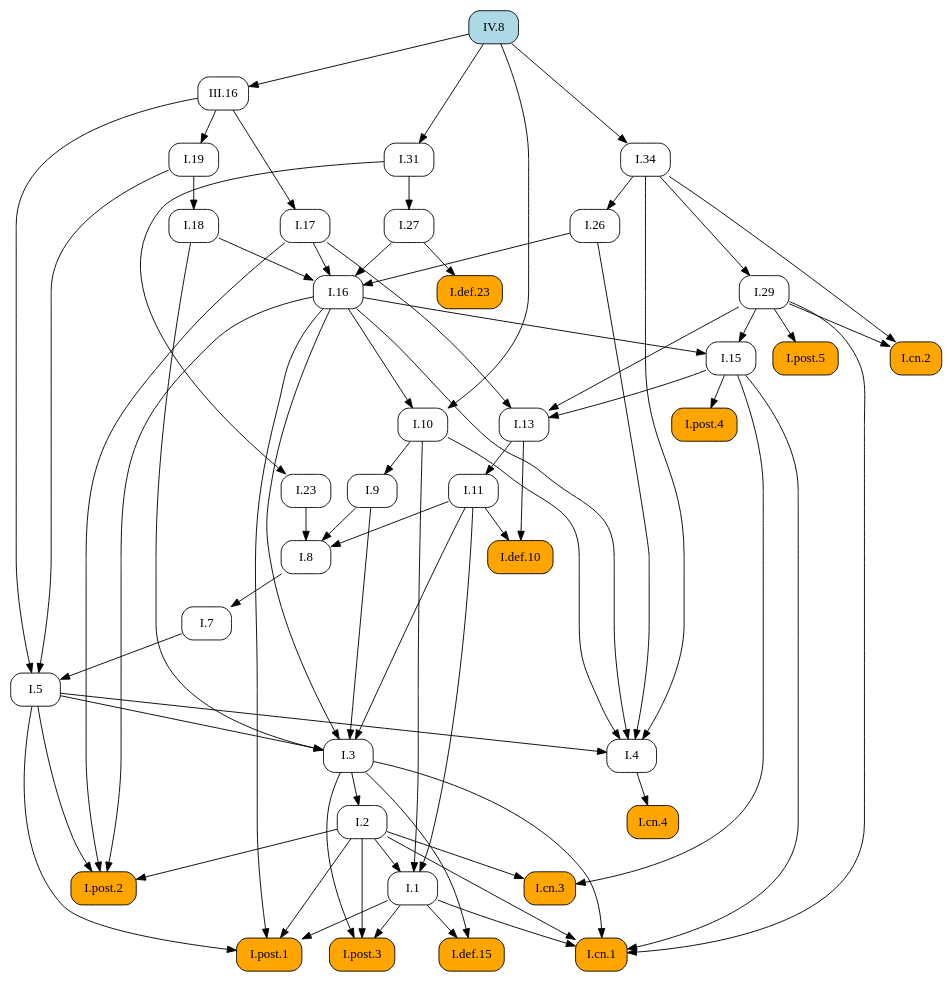
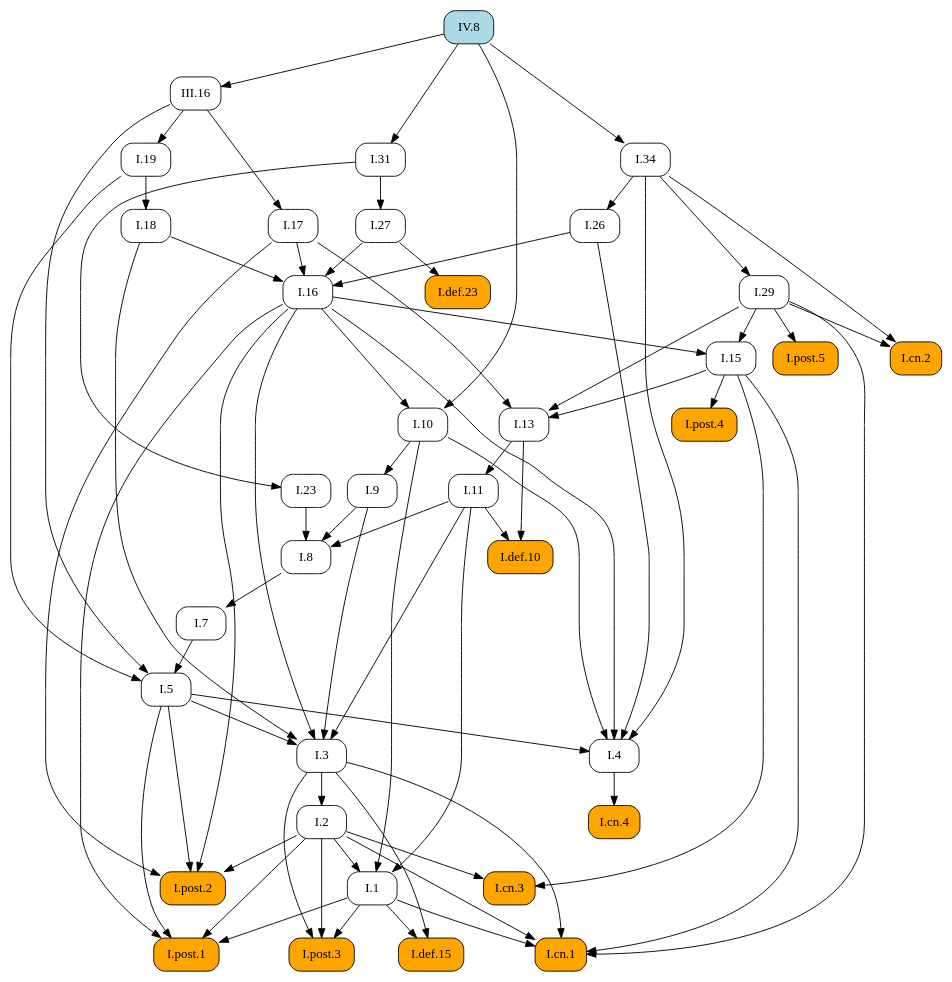
The diagram in docsrc/heath/IV/8/index.rst (geometor/elements), drawn with Graphviz before and after one commit. The commit also changed other lines of this file and 1029 other files, not shown here.

```diff
--- a/docsrc/heath/IV/8/index.rst
+++ b/docsrc/heath/IV/8/index.rst
@@ -63,112 +63,112 @@
    digraph {
      rankdir="TB";
      node [shape=box, style=rounded];
+     "I.def.10" [style="rounded,filled", fillcolor=orange, URL="/heath/I/def.10/", target="_top"];
+     "I.11" [URL="/heath/I/11/", target="_top"];
+     "I.post.4" [style="rounded,filled", fillcolor=orange, URL="/heath/I/post.4/", target="_top"];
+     "I.1" [URL="/heath/I/1/", target="_top"];
+     "I.26" [URL="/heath/I/26/", target="_top"];
+     "I.29" [URL="/heath/I/29/", target="_top"];
+     "I.cn.2" [style="rounded,filled", fillcolor=orange, URL="/heath/I/cn.2/", target="_top"];
+     "I.18" [URL="/heath/I/18/", target="_top"];
+     "I.def.15" [style="rounded,filled", fillcolor=orange, URL="/heath/I/def.15/", target="_top"];
+     "I.post.3" [style="rounded,filled", fillcolor=orange, URL="/heath/I/post.3/", target="_top"];
+     "IV.8" [style="rounded,filled", fillcolor=lightblue, URL="/heath/IV/8/", target="_top"];
+     "I.cn.1" [style="rounded,filled", fillcolor=orange, URL="/heath/I/cn.1/", target="_top"];
      "I.cn.3" [style="rounded,filled", fillcolor=orange, URL="/heath/I/cn.3/", target="_top"];
+     "I.23" [URL="/heath/I/23/", target="_top"];
+     "I.post.1" [style="rounded,filled", fillcolor=orange, URL="/heath/I/post.1/", target="_top"];
      "III.16" [URL="/heath/III/16/", target="_top"];
-     "I.29" [URL="/heath/I/29/", target="_top"];
+     "I.27" [URL="/heath/I/27/", target="_top"];
      "I.7" [URL="/heath/I/7/", target="_top"];
-     "I.27" [URL="/heath/I/27/", target="_top"];
+     "I.34" [URL="/heath/I/34/", target="_top"];
+     "I.3" [URL="/heath/I/3/", target="_top"];
+     "I.2" [URL="/heath/I/2/", target="_top"];
+     "I.4" [URL="/heath/I/4/", target="_top"];
      "I.def.23" [style="rounded,filled", fillcolor=orange, URL="/heath/I/def.23/", target="_top"];
-     "I.34" [URL="/heath/I/34/", target="_top"];
+     "I.13" [URL="/heath/I/13/", target="_top"];
+     "I.17" [URL="/heath/I/17/", target="_top"];
+     "I.31" [URL="/heath/I/31/", target="_top"];
+     "I.post.2" [style="rounded,filled", fillcolor=orange, URL="/heath/I/post.2/", target="_top"];
+     "I.16" [URL="/heath/I/16/", target="_top"];
+     "I.9" [URL="/heath/I/9/", target="_top"];
+     "I.19" [URL="/heath/I/19/", target="_top"];
      "I.8" [URL="/heath/I/8/", target="_top"];
-     "I.9" [URL="/heath/I/9/", target="_top"];
-     "I.post.4" [style="rounded,filled", fillcolor=orange, URL="/heath/I/post.4/", target="_top"];
-     "I.2" [URL="/heath/I/2/", target="_top"];
-     "I.def.15" [style="rounded,filled", fillcolor=orange, URL="/heath/I/def.15/", target="_top"];
-     "I.1" [URL="/heath/I/1/", target="_top"];
-     "I.post.1" [style="rounded,filled", fillcolor=orange, URL="/heath/I/post.1/", target="_top"];
      "I.cn.4" [style="rounded,filled", fillcolor=orange, URL="/heath/I/cn.4/", target="_top"];
-     "I.26" [URL="/heath/I/26/", target="_top"];
-     "I.19" [URL="/heath/I/19/", target="_top"];
-     "I.23" [URL="/heath/I/23/", target="_top"];
-     "I.13" [URL="/heath/I/13/", target="_top"];
-     "I.cn.2" [style="rounded,filled", fillcolor=orange, URL="/heath/I/cn.2/", target="_top"];
+     "I.15" [URL="/heath/I/15/", target="_top"];
+     "I.post.5" [style="rounded,filled", fillcolor=orange, URL="/heath/I/post.5/", target="_top"];
+     "I.10" [URL="/heath/I/10/", target="_top"];
      "I.5" [URL="/heath/I/5/", target="_top"];
-     "I.11" [URL="/heath/I/11/", target="_top"];
-     "I.10" [URL="/heath/I/10/", target="_top"];
-     "I.4" [URL="/heath/I/4/", target="_top"];
-     "I.3" [URL="/heath/I/3/", target="_top"];
-     "I.16" [URL="/heath/I/16/", target="_top"];
-     "I.31" [URL="/heath/I/31/", target="_top"];
-     "I.def.10" [style="rounded,filled", fillcolor=orange, URL="/heath/I/def.10/", target="_top"];
-     "I.post.2" [style="rounded,filled", fillcolor=orange, URL="/heath/I/post.2/", target="_top"];
-     "IV.8" [style="rounded,filled", fillcolor=lightblue, URL="/heath/IV/8/", target="_top"];
-     "I.post.3" [style="rounded,filled", fillcolor=orange, URL="/heath/I/post.3/", target="_top"];
-     "I.post.5" [style="rounded,filled", fillcolor=orange, URL="/heath/I/post.5/", target="_top"];
-     "I.15" [URL="/heath/I/15/", target="_top"];
-     "I.17" [URL="/heath/I/17/", target="_top"];
-     "I.cn.1" [style="rounded,filled", fillcolor=orange, URL="/heath/I/cn.1/", target="_top"];
-     "I.18" [URL="/heath/I/18/", target="_top"];
-     "I.2" -> "I.cn.3";
-     "I.15" -> "I.cn.3";
-     "IV.8" -> "III.16";
-     "I.34" -> "I.29";
-     "I.8" -> "I.7";
-     "I.31" -> "I.27";
-     "I.27" -> "I.def.23";
-     "IV.8" -> "I.34";
-     "I.9" -> "I.8";
-     "I.11" -> "I.8";
-     "I.23" -> "I.8";
-     "I.10" -> "I.9";
+     "I.11" -> "I.def.10";
+     "I.13" -> "I.def.10";
+     "I.13" -> "I.11";
      "I.15" -> "I.post.4";
-     "I.3" -> "I.2";
-     "I.1" -> "I.def.15";
-     "I.3" -> "I.def.15";
      "I.2" -> "I.1";
      "I.10" -> "I.1";
      "I.11" -> "I.1";
+     "I.34" -> "I.26";
+     "I.34" -> "I.29";
+     "I.29" -> "I.cn.2";
+     "I.34" -> "I.cn.2";
+     "I.19" -> "I.18";
+     "I.1" -> "I.def.15";
+     "I.3" -> "I.def.15";
+     "I.1" -> "I.post.3";
+     "I.2" -> "I.post.3";
+     "I.3" -> "I.post.3";
+     "I.1" -> "I.cn.1";
+     "I.2" -> "I.cn.1";
+     "I.3" -> "I.cn.1";
+     "I.15" -> "I.cn.1";
+     "I.29" -> "I.cn.1";
+     "I.2" -> "I.cn.3";
+     "I.15" -> "I.cn.3";
+     "I.31" -> "I.23";
      "I.1" -> "I.post.1";
      "I.2" -> "I.post.1";
      "I.5" -> "I.post.1";
      "I.16" -> "I.post.1";
-     "I.4" -> "I.cn.4";
-     "I.34" -> "I.26";
-     "III.16" -> "I.19";
-     "I.31" -> "I.23";
-     "I.15" -> "I.13";
-     "I.17" -> "I.13";
-     "I.29" -> "I.13";
-     "I.29" -> "I.cn.2";
-     "I.34" -> "I.cn.2";
-     "I.7" -> "I.5";
-     "I.19" -> "I.5";
-     "III.16" -> "I.5";
-     "I.13" -> "I.11";
-     "I.16" -> "I.10";
-     "IV.8" -> "I.10";
+     "IV.8" -> "III.16";
+     "I.31" -> "I.27";
+     "I.8" -> "I.7";
+     "IV.8" -> "I.34";
+     "I.5" -> "I.3";
+     "I.9" -> "I.3";
+     "I.11" -> "I.3";
+     "I.16" -> "I.3";
+     "I.18" -> "I.3";
+     "I.3" -> "I.2";
      "I.5" -> "I.4";
      "I.10" -> "I.4";
      "I.16" -> "I.4";
      "I.26" -> "I.4";
      "I.34" -> "I.4";
-     "I.5" -> "I.3";
-     "I.9" -> "I.3";
-     "I.11" -> "I.3";
-     "I.16" -> "I.3";
-     "I.18" -> "I.3";
+     "I.27" -> "I.def.23";
+     "I.15" -> "I.13";
+     "I.17" -> "I.13";
+     "I.29" -> "I.13";
+     "III.16" -> "I.17";
+     "IV.8" -> "I.31";
+     "I.2" -> "I.post.2";
+     "I.5" -> "I.post.2";
+     "I.16" -> "I.post.2";
+     "I.17" -> "I.post.2";
      "I.17" -> "I.16";
      "I.18" -> "I.16";
      "I.26" -> "I.16";
      "I.27" -> "I.16";
-     "IV.8" -> "I.31";
-     "I.11" -> "I.def.10";
-     "I.13" -> "I.def.10";
-     "I.2" -> "I.post.2";
-     "I.5" -> "I.post.2";
-     "I.16" -> "I.post.2";
-     "I.17" -> "I.post.2";
-     "I.1" -> "I.post.3";
-     "I.2" -> "I.post.3";
-     "I.3" -> "I.post.3";
-     "I.29" -> "I.post.5";
+     "I.10" -> "I.9";
+     "III.16" -> "I.19";
+     "I.9" -> "I.8";
+     "I.11" -> "I.8";
+     "I.23" -> "I.8";
+     "I.4" -> "I.cn.4";
      "I.16" -> "I.15";
      "I.29" -> "I.15";
-     "III.16" -> "I.17";
-     "I.1" -> "I.cn.1";
-     "I.2" -> "I.cn.1";
-     "I.3" -> "I.cn.1";
-     "I.15" -> "I.cn.1";
-     "I.29" -> "I.cn.1";
-     "I.19" -> "I.18";
+     "I.29" -> "I.post.5";
+     "I.16" -> "I.10";
+     "IV.8" -> "I.10";
+     "I.7" -> "I.5";
+     "I.19" -> "I.5";
+     "III.16" -> "I.5";
    }
```
